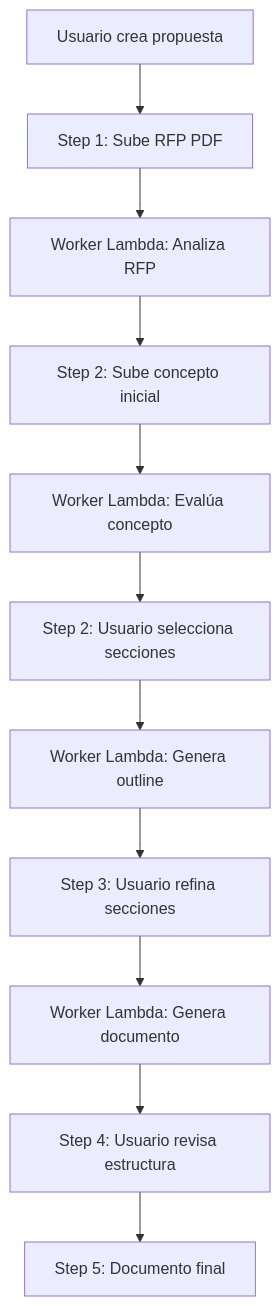
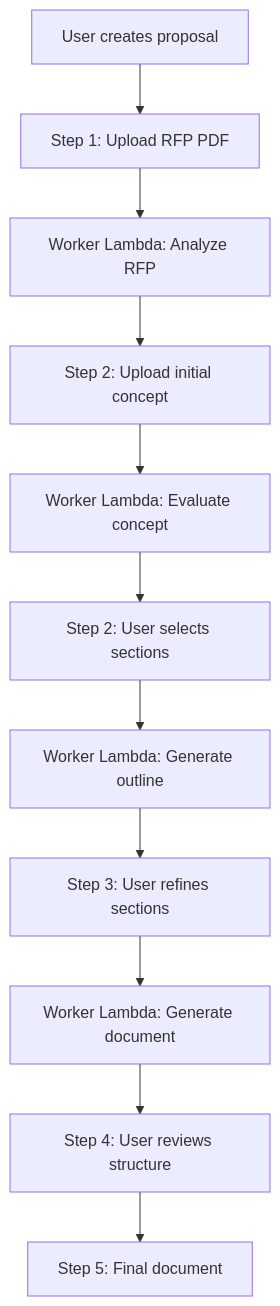
The diagram in igad-app/backend/app/tools/proposal_writer/ARCHITECTURE.md (AllianceBioversityCIAT/alliance-IGAD), drawn with Mermaid before and after one commit. The commit also changed other lines of this file and 2 other files, not shown here.

Commit message:
⚡ Bolt: Fix blocking I/O in Proposal Writer routes + Translate docs

````diff
--- a/igad-app/backend/app/tools/proposal_writer/ARCHITECTURE.md
+++ b/igad-app/backend/app/tools/proposal_writer/ARCHITECTURE.md
@@ -78,13 +78,13 @@
 ```mermaid
 graph TB
-    A[Usuario crea propuesta] --> B[Step 1: Sube RFP PDF]
-    B --> C[Worker Lambda: Analiza RFP]
-    C --> D[Step 2: Sube concepto inicial]
-    D --> E[Worker Lambda: Evalúa concepto]
-    E --> F[Step 2: Usuario selecciona secciones]
-    F --> G[Worker Lambda: Genera outline]
-    G --> H[Step 3: Usuario refina secciones]
-    H --> I[Worker Lambda: Genera documento]
-    I --> J[Step 4: Usuario revisa estructura]
-    J --> K[Step 5: Documento final]
+    A[User creates proposal] --> B[Step 1: Upload RFP PDF]
+    B --> C[Worker Lambda: Analyze RFP]
+    C --> D[Step 2: Upload initial concept]
+    D --> E[Worker Lambda: Evaluate concept]
+    E --> F[Step 2: User selects sections]
+    F --> G[Worker Lambda: Generate outline]
+    G --> H[Step 3: User refines sections]
+    H --> I[Worker Lambda: Generate document]
+    I --> J[Step 4: User reviews structure]
+    J --> K[Step 5: Final document]
 ```
````
